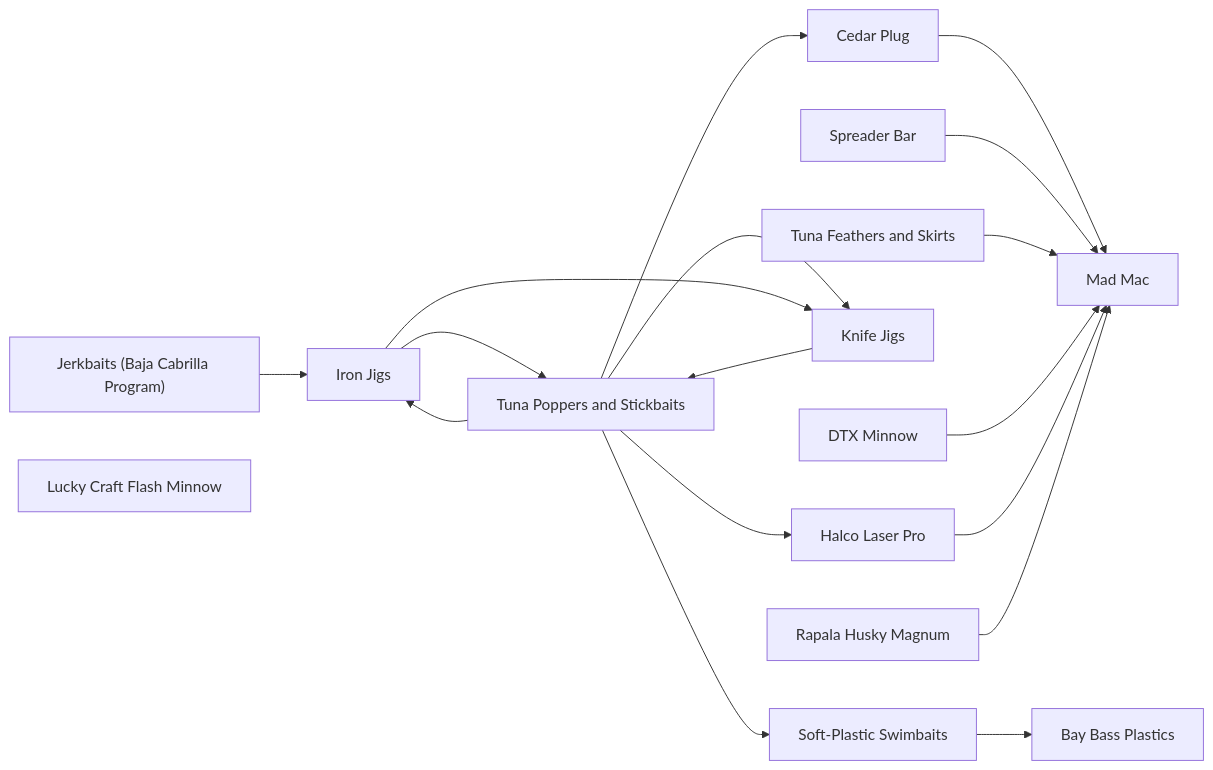
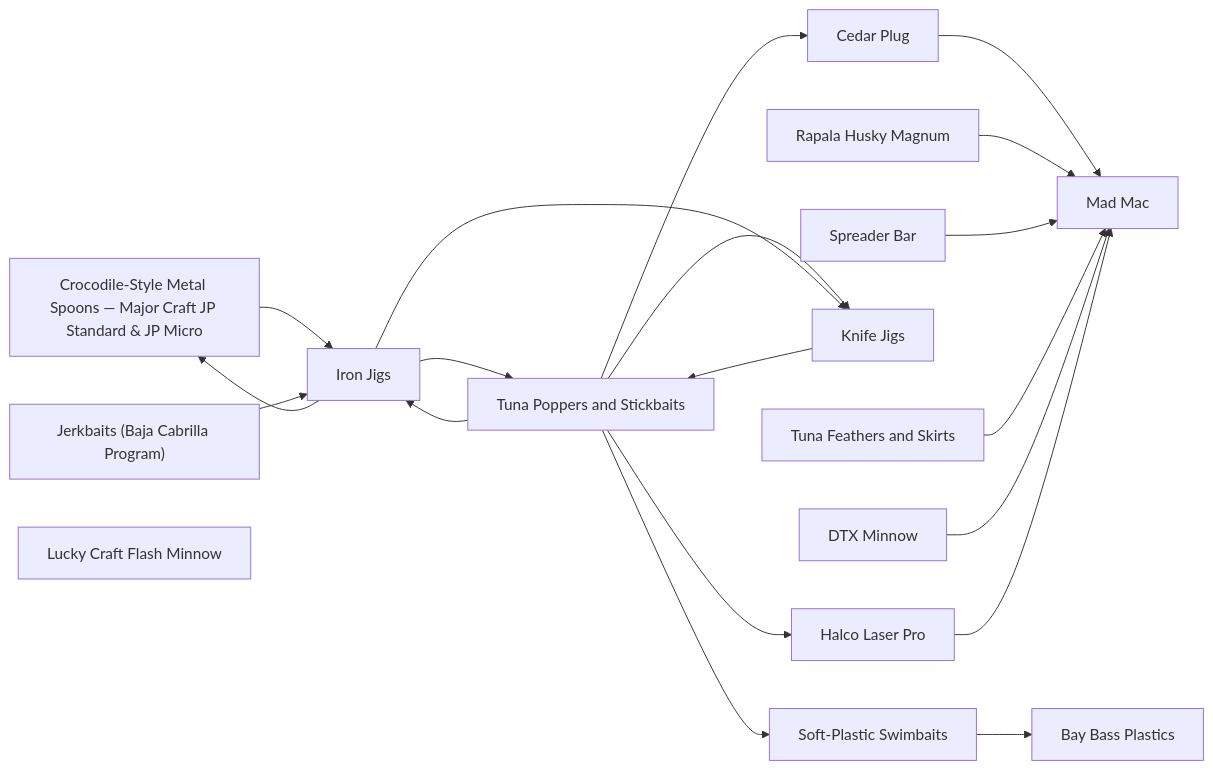
One commit to camchuckpete-max/Socal-Fishing-Knowledge changed the diagram in lures/README.md. Above: the diagram before and after it, drawn with Mermaid. The commit also changed other lines of this file and 4 other files, not shown here.

````diff
--- a/lures/README.md
+++ b/lures/README.md
@@ -27,33 +28,36 @@
 ```mermaid
 graph LR
   n0["Bay Bass Plastics"]
   n1["Cedar Plug"]
-  n2["DTX Minnow"]
-  n3["Halco Laser Pro"]
-  n4["Iron Jigs"]
-  n5["Jerkbaits (Baja Cabrilla Program)"]
-  n6["Knife Jigs"]
-  n7["Lucky Craft Flash Minnow"]
-  n8["Mad Mac"]
-  n9["Rapala Husky Magnum"]
-  n10["Soft-Plastic Swimbaits"]
-  n11["Spreader Bar"]
-  n12["Tuna Feathers and Skirts"]
-  n13["Tuna Poppers and Stickbaits"]
-  n1 --> n8
-  n10 --> n0
-  n11 --> n8
-  n12 --> n8
-  n13 --> n1
-  n13 --> n10
-  n13 --> n3
-  n13 --> n4
-  n13 --> n6
-  n2 --> n8
-  n3 --> n8
-  n4 --> n13
-  n4 --> n6
-  n5 --> n4
-  n6 --> n13
-  n9 --> n8
+  n2["Crocodile-Style Metal Spoons — Major Craft JP Standard & JP Micro"]
+  n3["DTX Minnow"]
+  n4["Halco Laser Pro"]
+  n5["Iron Jigs"]
+  n6["Jerkbaits (Baja Cabrilla Program)"]
+  n7["Knife Jigs"]
+  n8["Lucky Craft Flash Minnow"]
+  n9["Mad Mac"]
+  n10["Rapala Husky Magnum"]
+  n11["Soft-Plastic Swimbaits"]
+  n12["Spreader Bar"]
+  n13["Tuna Feathers and Skirts"]
+  n14["Tuna Poppers and Stickbaits"]
+  n1 --> n9
+  n10 --> n9
+  n11 --> n0
+  n12 --> n9
+  n13 --> n9
+  n14 --> n1
+  n14 --> n11
+  n14 --> n4
+  n14 --> n5
+  n14 --> n7
+  n2 --> n5
+  n3 --> n9
+  n4 --> n9
+  n5 --> n14
+  n5 --> n2
+  n5 --> n7
+  n6 --> n5
+  n7 --> n14
 ```
````
